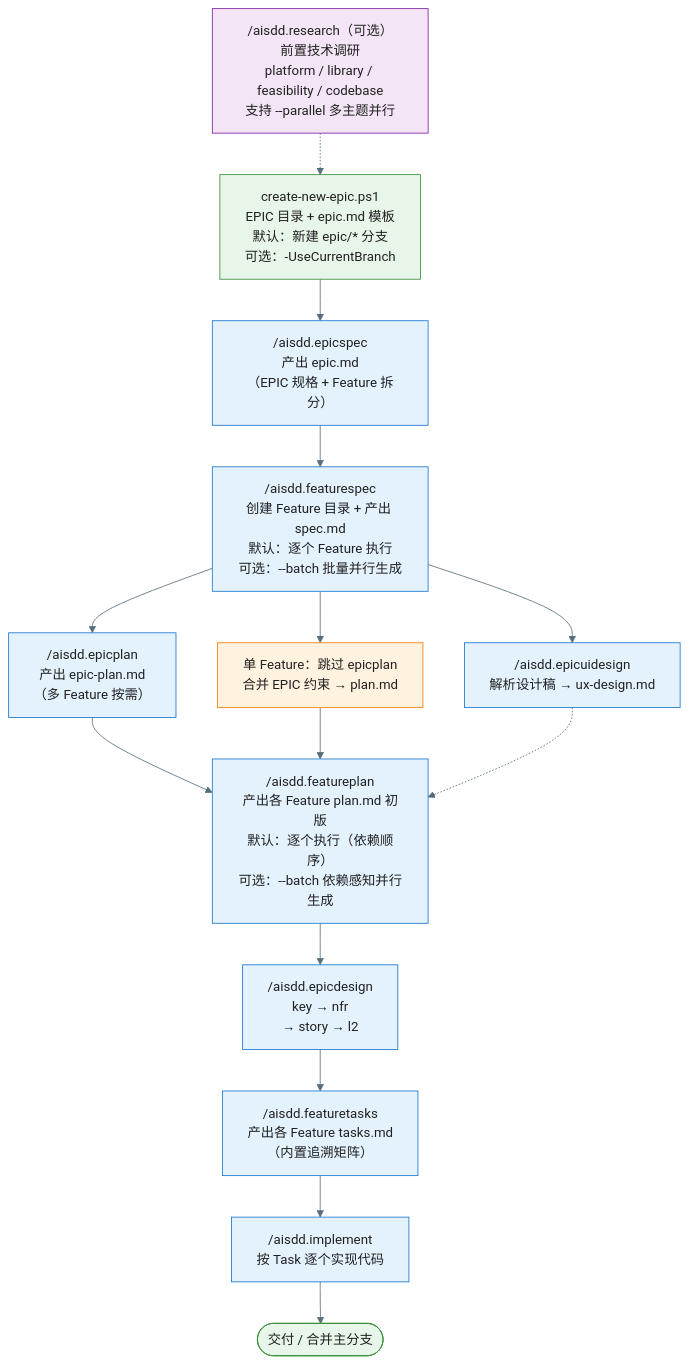
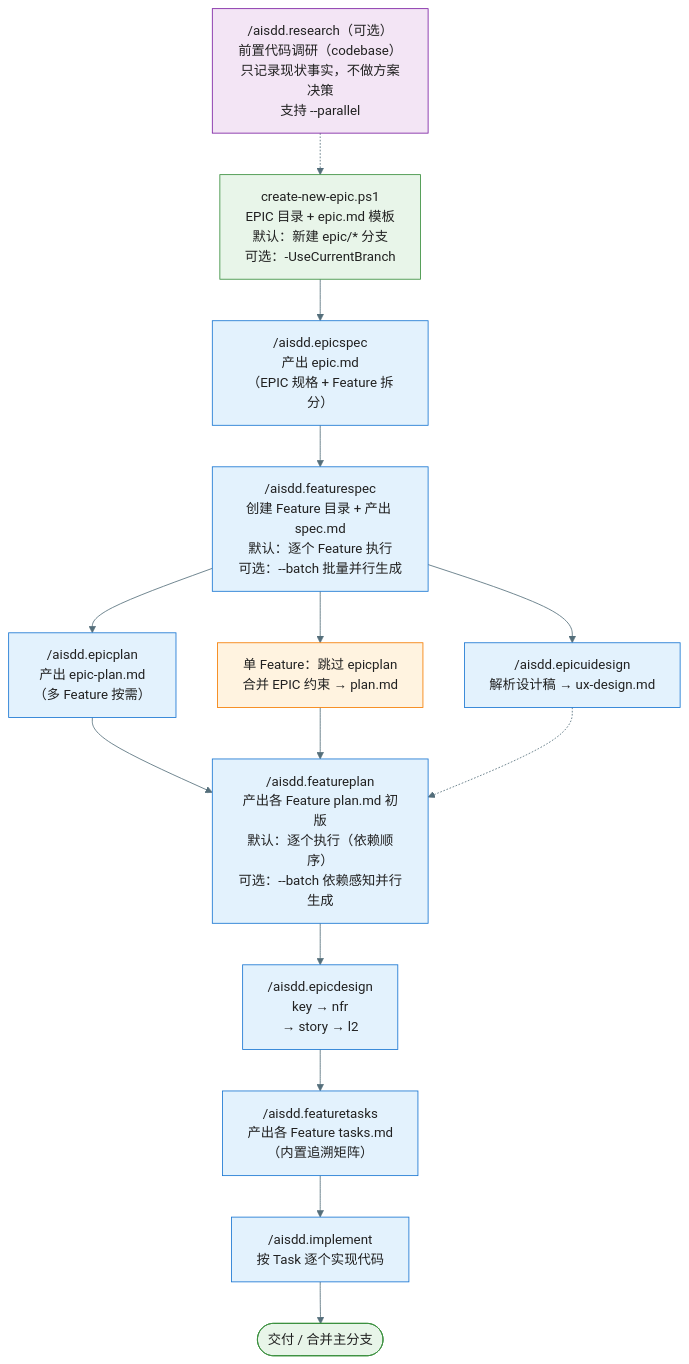
The third of 8 diagrams in docs/aisdd/workflow-overview.md (jackykarma/Verity), drawn with Mermaid before and after one commit. The commit also changed other lines of this file and 42 other files, not shown here.

First line of the commit message:
docs 📝(AISDD): 收窄 research 为代码考古并同步工作流

````diff
--- a/docs/aisdd/workflow-overview.md
+++ b/docs/aisdd/workflow-overview.md
@@ -162,22 +161,22 @@
 ```mermaid
 %%{init: {'theme': 'base', 'themeVariables': { 'primaryColor': '#E3F2FD', 'primaryTextColor': '#212121', 'primaryBorderColor': '#1976D2', 'lineColor': '#546E7A'}}}%%
 flowchart TD
-    Step0["/aisdd.research（可选）<br/>前置技术调研<br/>platform / library / feasibility / codebase<br/>支持 --parallel 多主题并行"] -.-> Step1
+    Step0["/aisdd.research（可选）<br/>前置代码调研（codebase）<br/>只记录现状事实，不做方案决策<br/>支持 --parallel"] -.-> Step1
     Step1["create-new-epic.ps1<br/>EPIC 目录 + epic.md 模板<br/>默认：新建 epic/* 分支<br/>可选：-UseCurrentBranch"] --> Step2["/aisdd.epicspec<br/>产出 epic.md<br/>（EPIC 规格 + Feature 拆分）"]
     Step2 --> Step3["/aisdd.featurespec<br/>创建 Feature 目录 + 产出 spec.md<br/>默认：逐个 Feature 执行<br/>可选：--batch 批量并行生成"]
     Step3 --> Step4["/aisdd.epicplan<br/>产出 epic-plan.md<br/>（多 Feature 按需）"]
     Step3 --> Step5["/aisdd.epicuidesign<br/>解析设计稿 → ux-design.md"]
     Step3 --> Step4b["单 Feature：跳过 epicplan<br/>合并 EPIC 约束 → plan.md"]
     Step4 --> Step6["/aisdd.featureplan<br/>产出各 Feature plan.md 初版<br/>默认：逐个执行（依赖顺序）<br/>可选：--batch 依赖感知并行生成"]
     Step4b --> Step6
     Step5 -.-> Step6
     Step6 --> Step7["/aisdd.epicdesign<br/>key → nfr<br/>→ story → l2"]
     Step7 --> Step8["/aisdd.featuretasks<br/>产出各 Feature tasks.md<br/>（内置追溯矩阵）"]
     Step8 --> Step9["/aisdd.implement<br/>按 Task 逐个实现代码"]
     Step9 --> Step10([交付 / 合并主分支])
 
     style Step0 fill:#F3E5F5,stroke:#7B1FA2
     style Step1 fill:#E8F5E9,stroke:#388E3C
     style Step4b fill:#FFF3E0,stroke:#F57C00
     style Step10 fill:#E8F5E9,stroke:#388E3C
 ```
````
